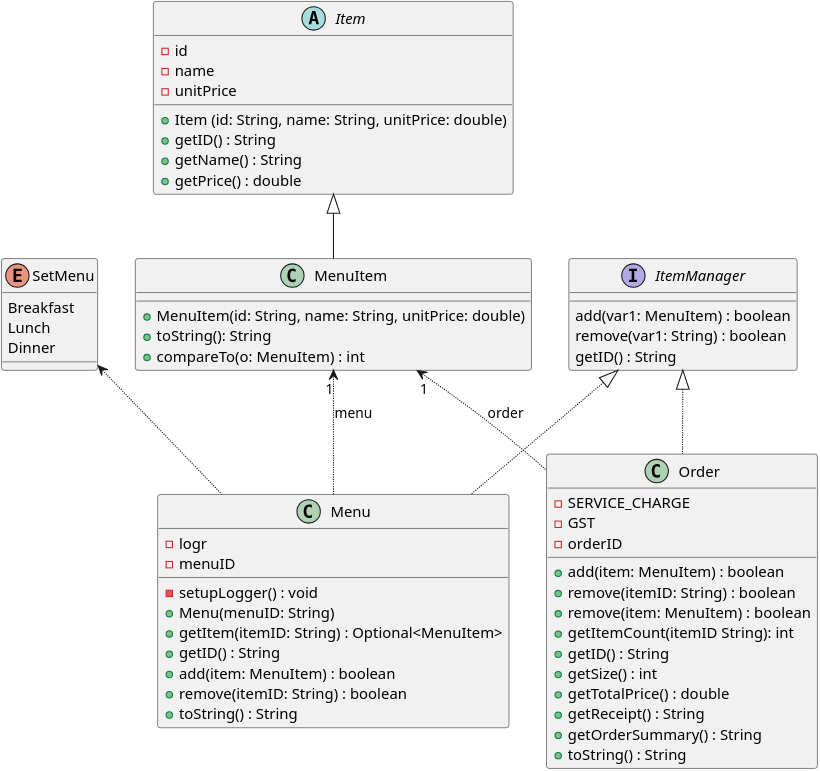
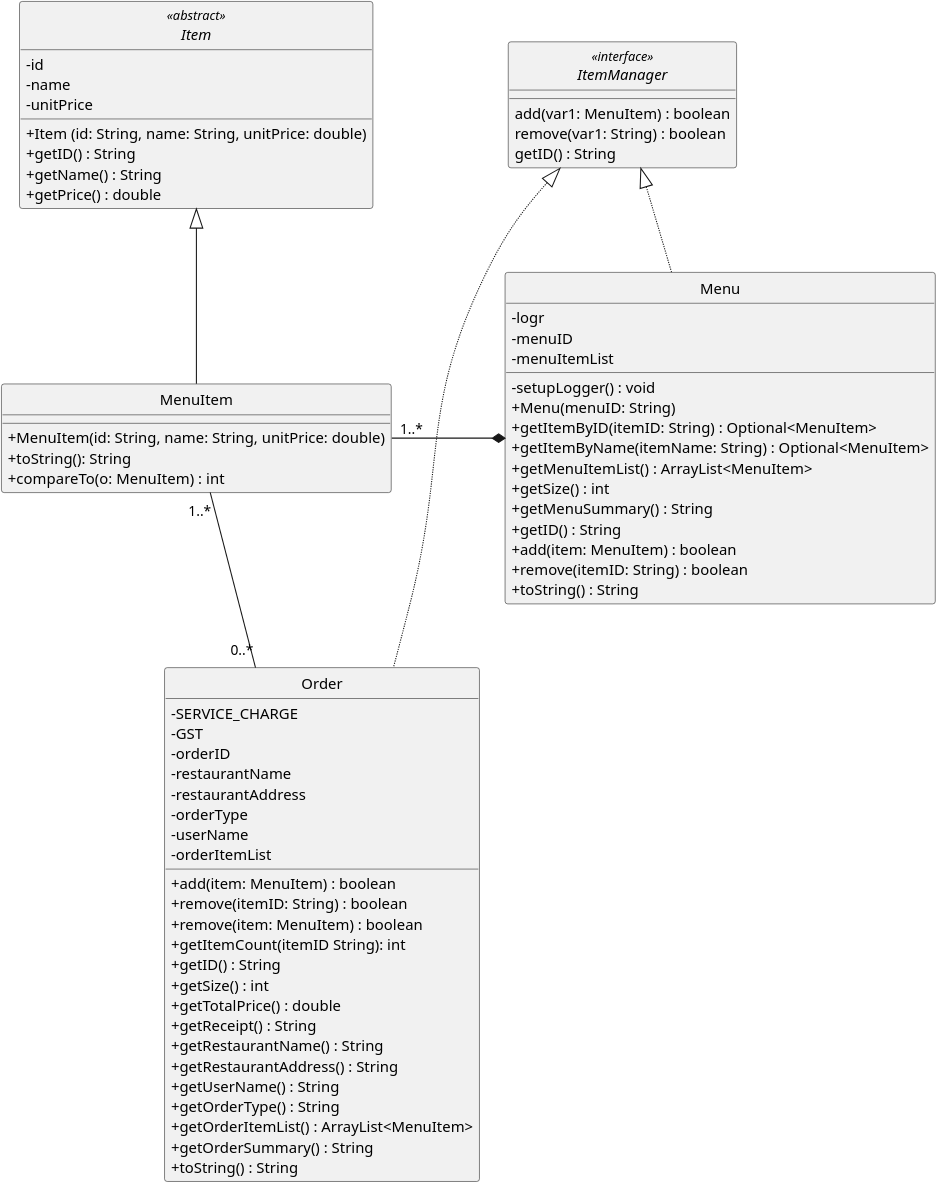
Before and after one commit to adamzzq/tp: the diagram in docs/UMLdiagrams/model.puml, drawn with PlantUML. The commit also changed 2 other files, not shown here.

```diff
--- a/docs/UMLdiagrams/model.puml
+++ b/docs/UMLdiagrams/model.puml
@@ -1,71 +1,82 @@
 @startuml
 'https://plantuml.com/class-diagram
 
 skinparam dpi 600
+hide circle
+skinparam classAttributeIconSize 0
 
-abstract class Item {
+abstract class Item  << abstract >>{
     -id
     - name
     - unitPrice
 
     + Item (id: String, name: String, unitPrice: double)
     +getID() : String
     +getName() : String
     +getPrice() : double
 
 }
-interface ItemManager {
+interface ItemManager << interface >>{
     add(var1: MenuItem) : boolean
     remove(var1: String) : boolean
     getID() : String
 }
 class Menu {
 - logr
 - menuID
+- menuItemList
 - setupLogger() : void
 + Menu(menuID: String)
-+ getItem(itemID: String) : Optional<MenuItem>
++ getItemByID(itemID: String) : Optional<MenuItem>
++ getItemByName(itemName: String) : Optional<MenuItem>
++ getMenuItemList() : ArrayList<MenuItem>
++ getSize() : int
++ getMenuSummary() : String
 + getID() : String
 + add(item: MenuItem) : boolean
 + remove(itemID: String) : boolean
 + toString() : String
 }
 class MenuItem {
 + MenuItem(id: String, name: String, unitPrice: double)
 + toString(): String
 + compareTo(o: MenuItem) : int
 }
 class Order {
 - SERVICE_CHARGE
 - GST
 - orderID
+- restaurantName
+- restaurantAddress
+- orderType
+- userName
+- orderItemList
 + add(item: MenuItem) : boolean
 + remove(itemID: String) : boolean
 + remove(item: MenuItem) : boolean
 + getItemCount(itemID String): int
 + getID() : String
 + getSize() : int
 + getTotalPrice() : double
 + getReceipt() : String
++ getRestaurantName() : String
++ getRestaurantAddress() : String
++ getUserName() : String
++ getOrderType() : String
++ getOrderItemList() : ArrayList<MenuItem>
 + getOrderSummary() : String
 + toString() : String
-}
-enum SetMenu {
-    Breakfast
-    Lunch
-    Dinner
 }
 
 Item <|-- MenuItem
 
 ItemManager <|.. Menu
 ItemManager <|.. Order
 
-MenuItem "1" <..  Order : order
-MenuItem "1" <.. Menu : menu
+MenuItem "1..*" -- "0..*" Order
+MenuItem "1..*" -* Menu
 
-SetMenu <.. Menu
 
 
 
 @enduml
```
